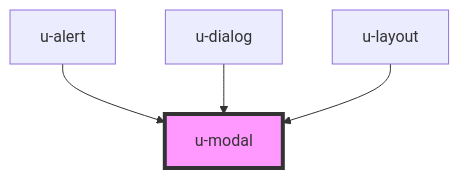
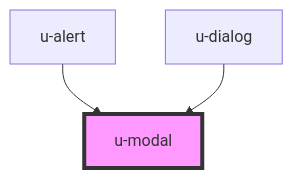
The diagram in src/components/u-modal/readme.md (theUrbans/uniform), drawn with Mermaid before and after one commit. The commit also changed other lines of this file and 12 other files, not shown here.

````diff
--- a/src/components/u-modal/readme.md
+++ b/src/components/u-modal/readme.md
@@ -88,7 +87,6 @@
 ```mermaid
 graph TD;
   u-alert --> u-modal
   u-dialog --> u-modal
-  u-layout --> u-modal
   style u-modal fill:#f9f,stroke:#333,stroke-width:4px
 ```
````
